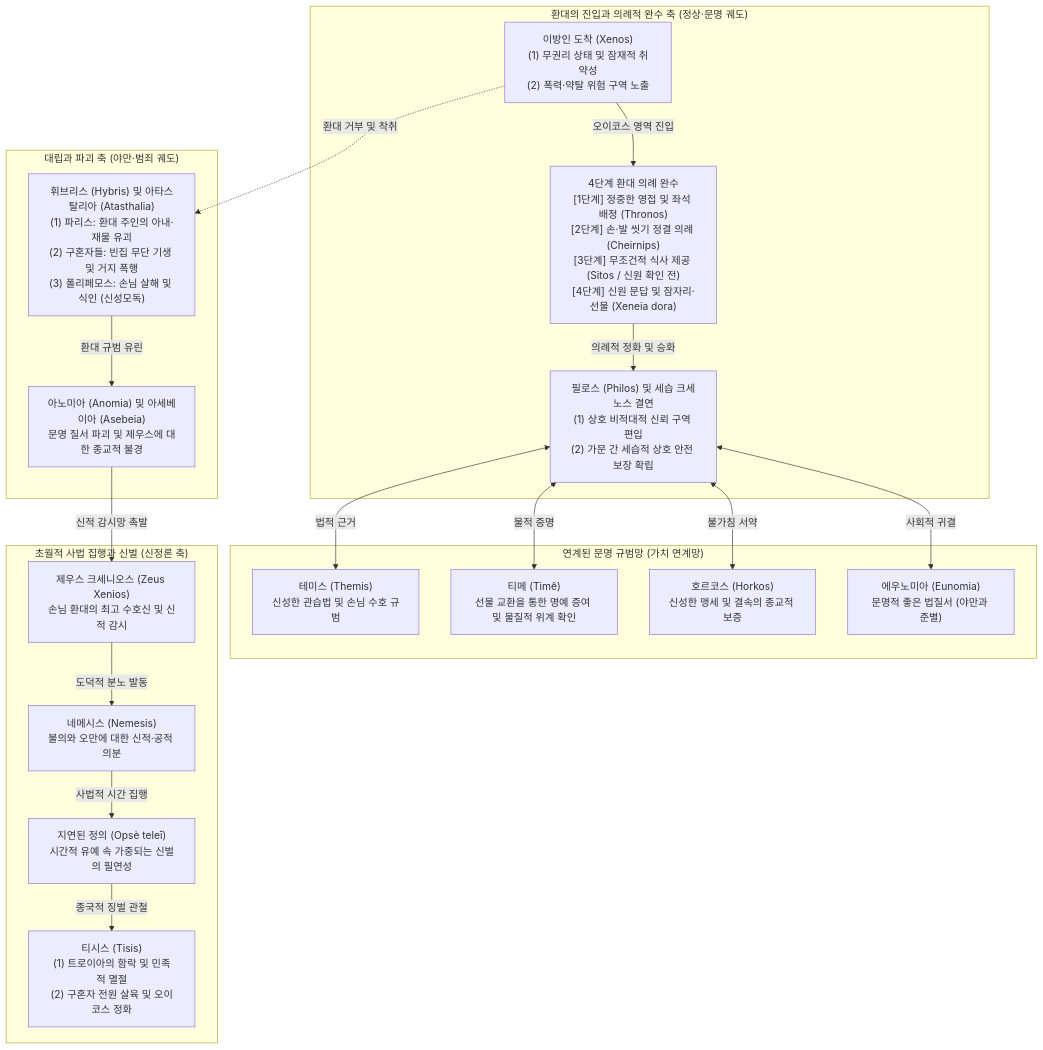
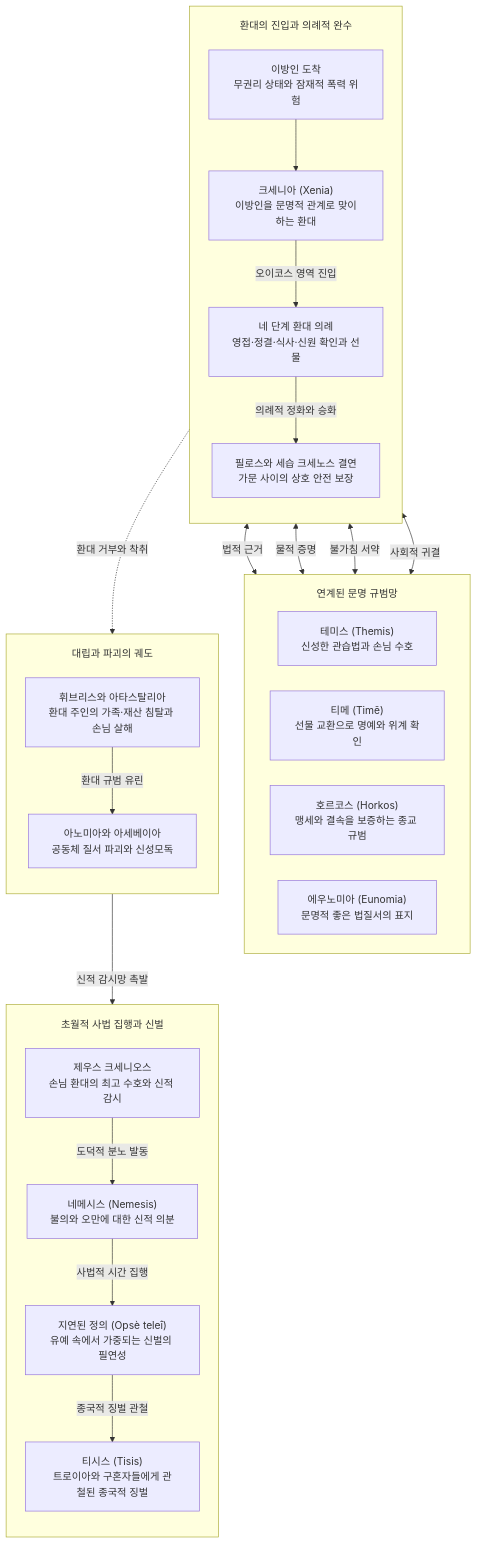
One commit to YgHnSIM/Homer_wiki changed the second of 2 diagrams in wiki/concepts/concept-xenia.md. Above: the diagram before and after it, drawn with Mermaid. The commit also changed other lines of this file and 9 other files, not shown here.

Commit message:
refactor(concepts): concept Mermaid 신규격 일괄 적용

````diff
--- a/wiki/concepts/concept-xenia.md
+++ b/wiki/concepts/concept-xenia.md
@@ -175,43 +188,46 @@
 ```mermaid
+%%{init: {'flowchart': {'useMaxWidth': true, 'nodeSpacing': 40, 'rankSpacing': 56, 'padding': 18, 'subGraphTitleMargin': {'top': 18, 'bottom': 10}}}}%%
 flowchart TD
-    subgraph S1["환대의 진입과 의례적 완수 축 (정상·문명 궤도)"]
-        XEN["이방인 도착 (Xenos)<br/>(1) 무권리 상태 및 잠재적 취약성<br/>(2) 폭력·약탈 위험 구역 노출"]
-        RITUAL["4단계 환대 의례 완수<br/>[1단계] 정중한 영접 및 좌석 배정 (Thronos)<br/>[2단계] 손·발 씻기 정결 의례 (Cheirnips)<br/>[3단계] 무조건적 식사 제공 (Sitos / 신원 확인 전)<br/>[4단계] 신원 문답 및 잠자리·선물 (Xeneia dora)"]
-        PHILOS["필로스 (Philos) 및 세습 크세노스 결연<br/>(1) 상호 비적대적 신뢰 구역 편입<br/>(2) 가문 간 세습적 상호 안전 보장 확립"]
-        
-        XEN -->|오이코스 영역 진입| RITUAL
-        RITUAL -->|의례적 정화 및 승화| PHILOS
+    subgraph Welcome["환대의 진입과 의례적 완수"]
+        direction TB
+        Guest["이방인 도착<br/>무권리 상태와 잠재적 폭력 위험"]
+        Xenia["크세니아 (Xenia)<br/>이방인을 문명적 관계로 맞이하는 환대"]:::focus
+        Ritual["네 단계 환대 의례<br/>영접·정결·식사·신원 확인과 선물"]
+        Philos["필로스와 세습 크세노스 결연<br/>가문 사이의 상호 안전 보장"]
+        Guest --> Xenia
+        Xenia -->|"오이코스 영역 진입"| Ritual
+        Ritual -->|"의례적 정화와 승화"| Philos
     end
 
-    subgraph S2["연계된 문명 규범망 (가치 연계망)"]
-        THEMIS["테미스 (Themis)<br/>신성한 관습법 및 손님 수호 규범"]
-        TIME["티메 (Timê)<br/>선물 교환을 통한 명예 증여 및 물질적 위계 확인"]
-        HORKOS["호르코스 (Horkos)<br/>신성한 맹세 및 결속의 종교적 보증"]
-        EUNOMIA["에우노미아 (Eunomia)<br/>문명적 좋은 법질서 (야만과 준별)"]
-        
-        PHILOS <-->|법적 근거| THEMIS
-        PHILOS <-->|물적 증명| TIME
-        PHILOS <-->|불가침 서약| HORKOS
-        PHILOS <-->|사회적 귀결| EUNOMIA
+    subgraph Norms["연계된 문명 규범망"]
+        direction LR
+        Themis["테미스 (Themis)<br/>신성한 관습법과 손님 수호"]
+        TimeN["티메 (Timē)<br/>선물 교환으로 명예와 위계 확인"]
+        Horkos["호르코스 (Horkos)<br/>맹세와 결속을 보증하는 종교 규범"]
+        Eunomia["에우노미아 (Eunomia)<br/>문명적 좋은 법질서의 표지"]
+        Philos <-->|"법적 근거"| Themis
+        Philos <-->|"물적 증명"| TimeN
+        Philos <-->|"불가침 서약"| Horkos
+        Philos <-->|"사회적 귀결"| Eunomia
     end
 
-    subgraph S3["대립과 파괴 축 (야만·범죄 궤도)"]
-        HYBRIS["휘브리스 (Hybris) 및 아타스탈리아 (Atasthalia)<br/>(1) 파리스: 환대 주인의 아내·재물 유괴<br/>(2) 구혼자들: 빈집 무단 기생 및 거지 폭행<br/>(3) 폴리페모스: 손님 살해 및 식인 (신성모독)"]
-        ANOMIA["아노미아 (Anomia) 및 아세베이아 (Asebeia)<br/>문명 질서 파괴 및 제우스에 대한 종교적 불경"]
-        
-        XEN -.->|환대 거부 및 착취| HYBRIS
-        HYBRIS -->|환대 규범 유린| ANOMIA
+    subgraph Crisis["대립과 파괴의 궤도"]
+        direction TB
+        Hybris["휘브리스와 아타스탈리아<br/>환대 주인의 가족·재산 침탈과 손님 살해"]:::crisis
+        Anomia["아노미아와 아세베이아<br/>공동체 질서 파괴와 신성모독"]:::crisis
+        Xenia -.->|"환대 거부와 착취"| Hybris
+        Hybris -->|"환대 규범 유린"| Anomia
     end
 
-    subgraph S4["초월적 사법 집행과 신벌 (신정론 축)"]
-        ZEUS["제우스 크세니오스 (Zeus Xenios)<br/>손님 환대의 최고 수호신 및 신적 감시"]
-        NEMESIS["네메시스 (Nemesis)<br/>불의와 오만에 대한 신적·공적 의분"]
-        OPSE["지연된 정의 (Opsè teleî)<br/>시간적 유예 속 가중되는 신벌의 필연성"]
-        TISIS["티시스 (Tisis)<br/>(1) 트로이아의 함락 및 민족적 멸절<br/>(2) 구혼자 전원 살육 및 오이코스 정화"]
-        
-        ANOMIA -->|신적 감시망 촉발| ZEUS
-        ZEUS -->|도덕적 분노 발동| NEMESIS
-        NEMESIS -->|사법적 시간 집행| OPSE
-        OPSE -->|종국적 징벌 관철| TISIS
+    subgraph Justice["초월적 사법 집행과 신벌"]
+        direction TB
+        Zeus["제우스 크세니오스<br/>손님 환대의 최고 수호와 신적 감시"]
+        Nemesis["네메시스 (Nemesis)<br/>불의와 오만에 대한 신적 의분"]:::crisis
+        Opse["지연된 정의 (Opsè teleî)<br/>유예 속에서 가중되는 신벌의 필연성"]:::crisis
+        Tisis["티시스 (Tisis)<br/>트로이아와 구혼자들에게 관철된 종국적 징벌"]:::resolve
+        Anomia -->|"신적 감시망 촉발"| Zeus
+        Zeus -->|"도덕적 분노 발동"| Nemesis
+        Nemesis -->|"사법적 시간 집행"| Opse
+        Opse -->|"종국적 징벌 관철"| Tisis
     end
 ```
````
